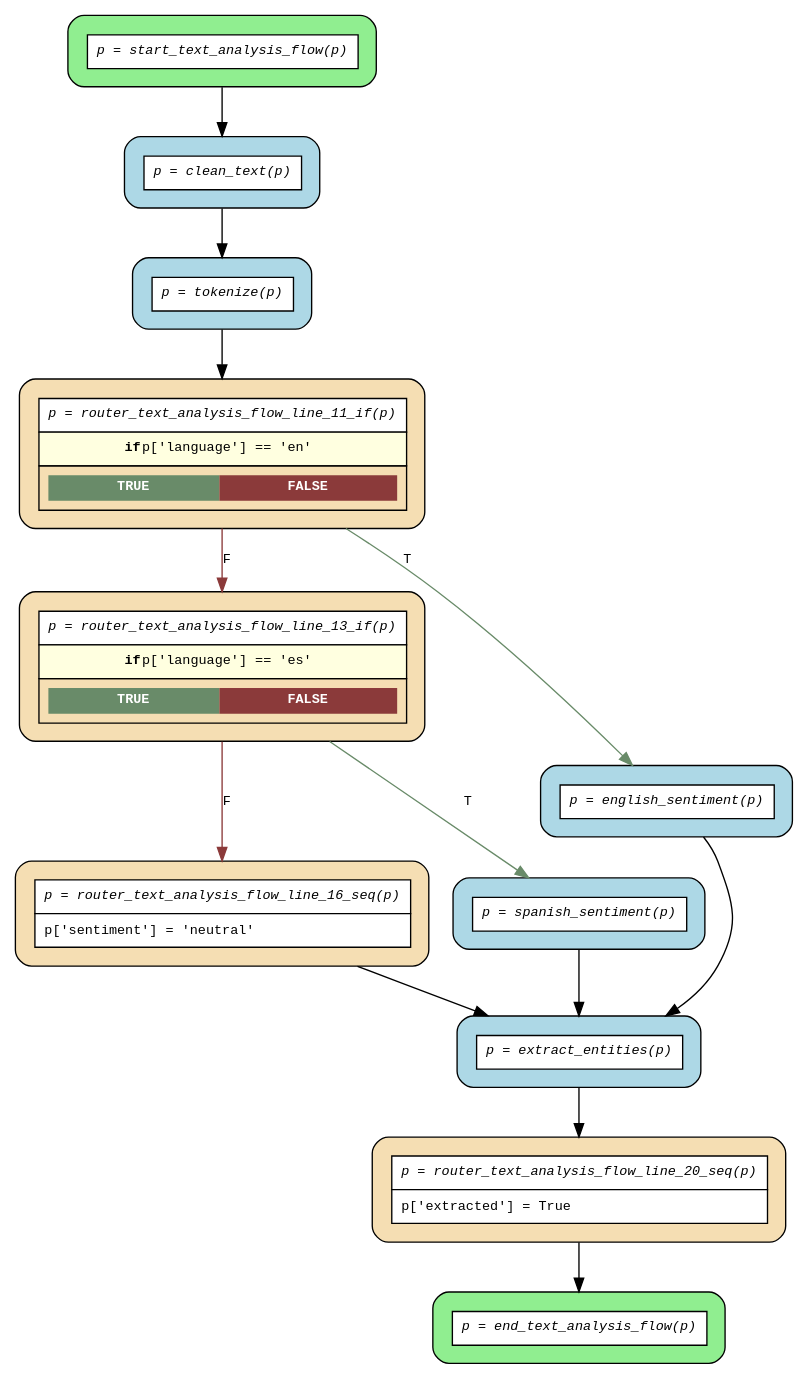
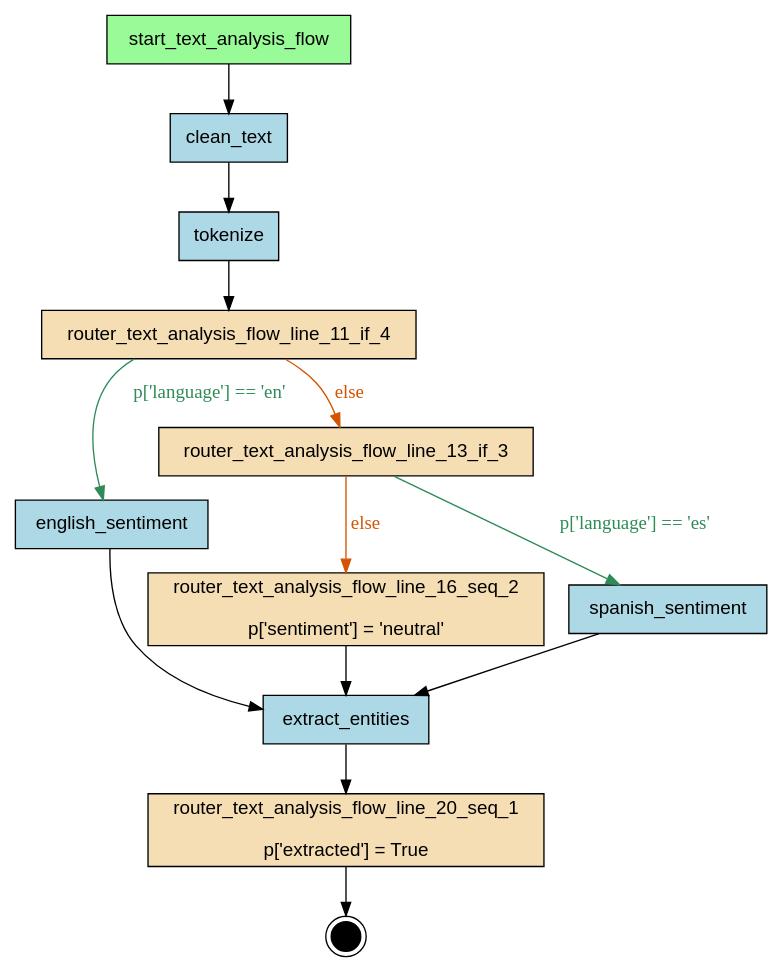
The diagram in docs/img/flows/compiled/text_analysis_flow/flow.dot (deliveryhero/asya), drawn with Graphviz before and after one commit. The commit also changed 11 other files, not shown here.

```diff
--- a/docs/img/flows/compiled/text_analysis_flow/flow.dot
+++ b/docs/img/flows/compiled/text_analysis_flow/flow.dot
@@ -1,31 +1,32 @@
-digraph flow {
-  rankdir=TB;
-  graph [fontname="Courier", fontsize=10];
-  node [fontname="Courier", fontsize=10, shape=box, style="filled,rounded", margin="0.2"];
-  edge [fontname="Courier", fontsize=10];
+digraph "text_analysis_flow" {
+    rankdir=TB;
+    node [shape=box, style=filled, fontname="Helvetica"];
 
-  start_text_analysis_flow [fillcolor="lightgreen", group="main", label=<<table border="0" cellspacing="0" cellpadding="6" cellborder="1"><tr><td bgcolor="white" align="center"><i>p = start_text_analysis_flow(p)</i></td></tr></table>>];
-  router_text_analysis_flow_line_16_seq [fillcolor="wheat", group="main", label=<<table border="0" cellspacing="0" cellpadding="6" cellborder="1"><tr><td bgcolor="white" align="center"><i>p = router_text_analysis_flow_line_16_seq(p)</i></td></tr><tr><td bgcolor="white" align="left">p['sentiment'] = 'neutral'</td></tr></table>>];
-  router_text_analysis_flow_line_13_if [fillcolor="wheat", group="main", label=<<table border="0" cellspacing="0" cellpadding="6" cellborder="1"><tr><td bgcolor="white" align="center"><i>p = router_text_analysis_flow_line_13_if(p)</i></td></tr><tr><td bgcolor="lightyellow"><b>if</b> p['language'] == 'es'</td></tr><tr><td><table border="0" cellspacing="0" cellpadding="4"><tr><td bgcolor="darkseagreen4"><font color="white"><b>TRUE</b></font></td><td bgcolor="indianred4"><font color="white"><b>FALSE</b></font></td></tr></table></td></tr></table>>];
-  router_text_analysis_flow_line_20_seq [fillcolor="wheat", group="main", label=<<table border="0" cellspacing="0" cellpadding="6" cellborder="1"><tr><td bgcolor="white" align="center"><i>p = router_text_analysis_flow_line_20_seq(p)</i></td></tr><tr><td bgcolor="white" align="left">p['extracted'] = True</td></tr></table>>];
-  router_text_analysis_flow_line_11_if [fillcolor="wheat", group="main", label=<<table border="0" cellspacing="0" cellpadding="6" cellborder="1"><tr><td bgcolor="white" align="center"><i>p = router_text_analysis_flow_line_11_if(p)</i></td></tr><tr><td bgcolor="lightyellow"><b>if</b> p['language'] == 'en'</td></tr><tr><td><table border="0" cellspacing="0" cellpadding="4"><tr><td bgcolor="darkseagreen4"><font color="white"><b>TRUE</b></font></td><td bgcolor="indianred4"><font color="white"><b>FALSE</b></font></td></tr></table></td></tr></table>>];
-  end_text_analysis_flow [fillcolor="lightgreen", group="main", label=<<table border="0" cellspacing="0" cellpadding="6" cellborder="1"><tr><td bgcolor="white" align="center"><i>p = end_text_analysis_flow(p)</i></td></tr></table>>];
-  clean_text [fillcolor="lightblue", label=<<table border="0" cellspacing="0" cellpadding="6" cellborder="1"><tr><td bgcolor="white" align="center"><i>p = clean_text(p)</i></td></tr></table>>];
-  english_sentiment [fillcolor="lightblue", label=<<table border="0" cellspacing="0" cellpadding="6" cellborder="1"><tr><td bgcolor="white" align="center"><i>p = english_sentiment(p)</i></td></tr></table>>];
-  extract_entities [fillcolor="lightblue", label=<<table border="0" cellspacing="0" cellpadding="6" cellborder="1"><tr><td bgcolor="white" align="center"><i>p = extract_entities(p)</i></td></tr></table>>];
-  spanish_sentiment [fillcolor="lightblue", label=<<table border="0" cellspacing="0" cellpadding="6" cellborder="1"><tr><td bgcolor="white" align="center"><i>p = spanish_sentiment(p)</i></td></tr></table>>];
-  tokenize [fillcolor="lightblue", label=<<table border="0" cellspacing="0" cellpadding="6" cellborder="1"><tr><td bgcolor="white" align="center"><i>p = tokenize(p)</i></td></tr></table>>];
+    { rank=source; start_text_analysis_flow; }
 
-  clean_text -> tokenize;
-  english_sentiment -> extract_entities;
-  extract_entities -> router_text_analysis_flow_line_20_seq;
-  router_text_analysis_flow_line_11_if -> english_sentiment [label="T", color=darkseagreen4];
-  router_text_analysis_flow_line_11_if -> router_text_analysis_flow_line_13_if [label="F", color=indianred4];
-  router_text_analysis_flow_line_13_if -> router_text_analysis_flow_line_16_seq [label="F", color=indianred4];
-  router_text_analysis_flow_line_13_if -> spanish_sentiment [label="T", color=darkseagreen4];
-  router_text_analysis_flow_line_16_seq -> extract_entities;
-  router_text_analysis_flow_line_20_seq -> end_text_analysis_flow;
-  spanish_sentiment -> extract_entities;
-  start_text_analysis_flow -> clean_text;
-  tokenize -> router_text_analysis_flow_line_11_if;
+    clean_text [label="clean_text", fillcolor=lightblue];
+    english_sentiment [label="english_sentiment", fillcolor=lightblue];
+    extract_entities [label="extract_entities", fillcolor=lightblue];
+    router_text_analysis_flow_line_11_if_4 [label="router_text_analysis_flow_line_11_if_4", fillcolor=wheat];
+    router_text_analysis_flow_line_13_if_3 [label="router_text_analysis_flow_line_13_if_3", fillcolor=wheat];
+    router_text_analysis_flow_line_16_seq_2 [label="router_text_analysis_flow_line_16_seq_2\n\np['sentiment'] = 'neutral'", fillcolor=wheat];
+    router_text_analysis_flow_line_20_seq_1 [label="router_text_analysis_flow_line_20_seq_1\n\np['extracted'] = True", fillcolor=wheat];
+    spanish_sentiment [label="spanish_sentiment", fillcolor=lightblue];
+    start_text_analysis_flow [label="start_text_analysis_flow", fillcolor=palegreen];
+    tokenize [label="tokenize", fillcolor=lightblue];
+
+    __end__ [label="", shape=doublecircle, fillcolor=black, width=0.3, fixedsize=true];
+
+    start_text_analysis_flow -> clean_text;
+    clean_text -> tokenize;
+    tokenize -> router_text_analysis_flow_line_11_if_4;
+    router_text_analysis_flow_line_13_if_3 -> spanish_sentiment [label="p['language'] == 'es'", color="#2E8B57", fontcolor="#2E8B57"];
+    router_text_analysis_flow_line_13_if_3 -> router_text_analysis_flow_line_16_seq_2 [label="else", color="#D35400", fontcolor="#D35400"];
+    router_text_analysis_flow_line_11_if_4 -> english_sentiment [label="p['language'] == 'en'", color="#2E8B57", fontcolor="#2E8B57"];
+    english_sentiment -> extract_entities;
+    extract_entities -> router_text_analysis_flow_line_20_seq_1;
+    router_text_analysis_flow_line_11_if_4 -> router_text_analysis_flow_line_13_if_3 [label="else", color="#D35400", fontcolor="#D35400"];
+    spanish_sentiment -> extract_entities;
+    router_text_analysis_flow_line_16_seq_2 -> extract_entities;
+    router_text_analysis_flow_line_20_seq_1 -> __end__;
 }
```
